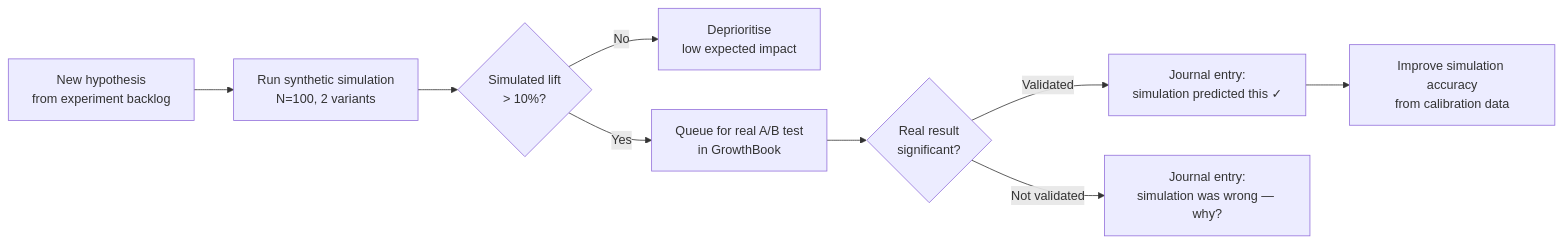
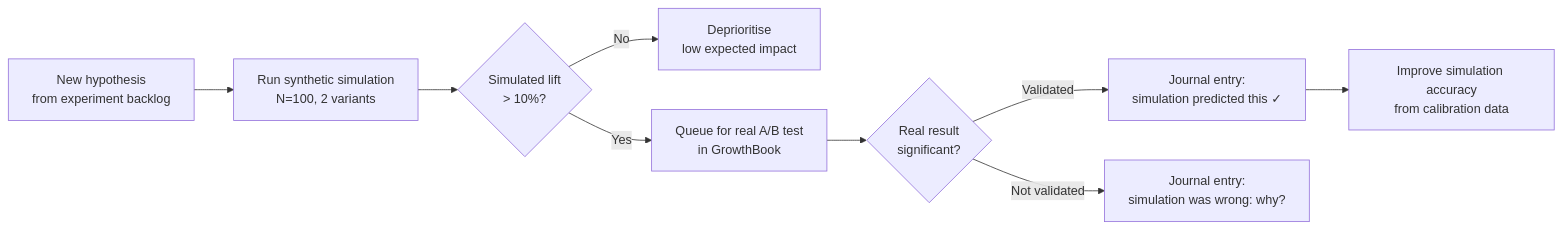
Before and after one commit to mengliang10/future: the fourth of 4 diagrams in enhancements/18-synthetic-customers-simulation.md, drawn with Mermaid. The commit also changed other lines of this file and 348 other files, not shown here.

Commit message:
Global removal of em-dashes, homepage section reordering, and flow improvements

````diff
--- a/enhancements/18-synthetic-customers-simulation.md
+++ b/enhancements/18-synthetic-customers-simulation.md
@@ -181,11 +181,11 @@
 ```mermaid
 flowchart LR
     HYPO[New hypothesis\nfrom experiment backlog] --> SIMULATE[Run synthetic simulation\nN=100, 2 variants]
     SIMULATE --> SIGNAL{Simulated lift\n> 10%?}
     SIGNAL -- No --> DEPRIORITISE[Deprioritise\nlow expected impact]
     SIGNAL -- Yes --> REAL_TEST[Queue for real A/B test\nin GrowthBook]
     REAL_TEST --> RESULT{Real result\nsignificant?}
     RESULT -- Validated --> JOURNAL[Journal entry:\nsimulation predicted this ✓]
-    RESULT -- Not validated --> JOURNAL2[Journal entry:\nsimulation was wrong — why?]
+    RESULT -- Not validated --> JOURNAL2[Journal entry:\nsimulation was wrong: why?]
     JOURNAL --> IMPROVE[Improve simulation accuracy\nfrom calibration data]
 ```
````
